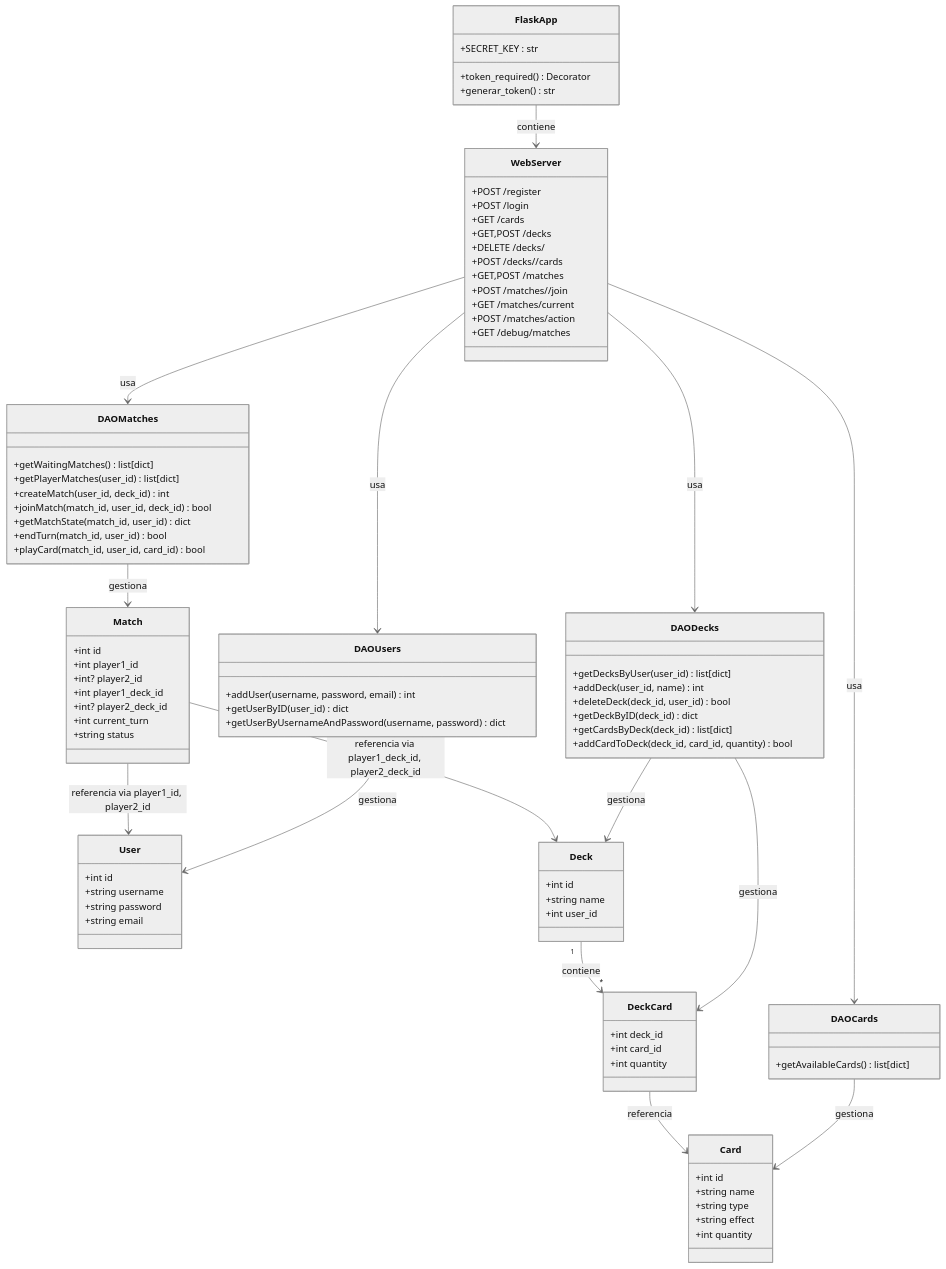
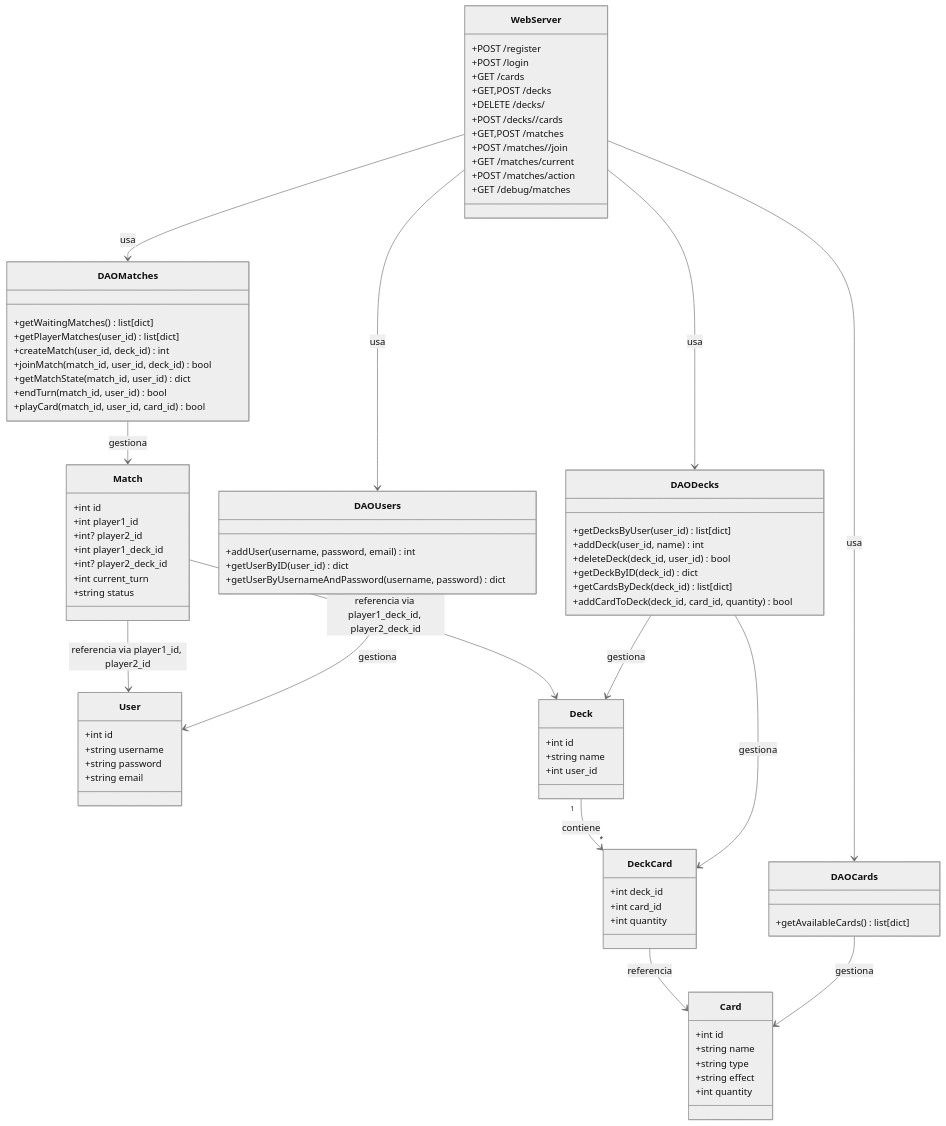
Before and after one commit to Dariella06/Rifters: the diagram in Diagramas/DiagramaBackend.mermaid, drawn with Mermaid (neutral theme).

Commit message:
Borrando tabla inecesaria

```diff
--- a/Diagramas/DiagramaBackend.mermaid
+++ b/Diagramas/DiagramaBackend.mermaid
@@ -1,103 +1,97 @@
 classDiagram
-    class FlaskApp {
-        +SECRET_KEY : str
-        +token_required() Decorator
-        +generar_token() str
-    }
 
     class WebServer {
         +POST /register
         +POST /login
         +GET /cards
         +GET,POST /decks
         +DELETE /decks/<int:deck_id>
         +POST /decks/<int:deck_id>/cards
         +GET,POST /matches
         +POST /matches/<int:match_id>/join
         +GET /matches/current
         +POST /matches/action
         +GET /debug/matches
     }
 
     class DAOUsers {
         +addUser(username, password, email) int
         +getUserByID(user_id) dict
         +getUserByUsernameAndPassword(username, password) dict
     }
 
     class DAOCards {
         +getAvailableCards() list[dict]
     }
 
     class DAODecks {
         +getDecksByUser(user_id) list[dict]
         +addDeck(user_id, name) int
         +deleteDeck(deck_id, user_id) bool
         +getDeckByID(deck_id) dict
         +getCardsByDeck(deck_id) list[dict]
         +addCardToDeck(deck_id, card_id, quantity) bool
     }
 
     class DAOMatches {
         +getWaitingMatches() list[dict]
         +getPlayerMatches(user_id) list[dict]
         +createMatch(user_id, deck_id) int
         +joinMatch(match_id, user_id, deck_id) bool
         +getMatchState(match_id, user_id) dict
         +endTurn(match_id, user_id) bool
         +playCard(match_id, user_id, card_id) bool
     }
 
     class User {
         +int id
         +string username
         +string password
         +string email
     }
 
     class Card {
         +int id
         +string name
         +string type
         +string effect
         +int quantity
     }
 
     class Deck {
         +int id
         +string name
         +int user_id
     }
 
     class Match {
         +int id
         +int player1_id
         +int? player2_id
         +int player1_deck_id
         +int? player2_deck_id
         +int current_turn
         +string status
     }
 
     class DeckCard {
         +int deck_id
         +int card_id
         +int quantity
     }
 
-    FlaskApp --> WebServer : contiene
     WebServer --> DAOUsers : usa
     WebServer --> DAOCards : usa
     WebServer --> DAODecks : usa
     WebServer --> DAOMatches : usa
 
     DAOUsers --> User : gestiona
     DAOCards --> Card : gestiona
     DAODecks --> Deck : gestiona
     DAODecks --> DeckCard : gestiona
     DAOMatches --> Match : gestiona
 
     Deck "1" --> "*" DeckCard : contiene
     DeckCard --> Card : referencia
     Match --> Deck : referencia via player1_deck_id, player2_deck_id
     Match --> User : referencia via player1_id, player2_id
```
